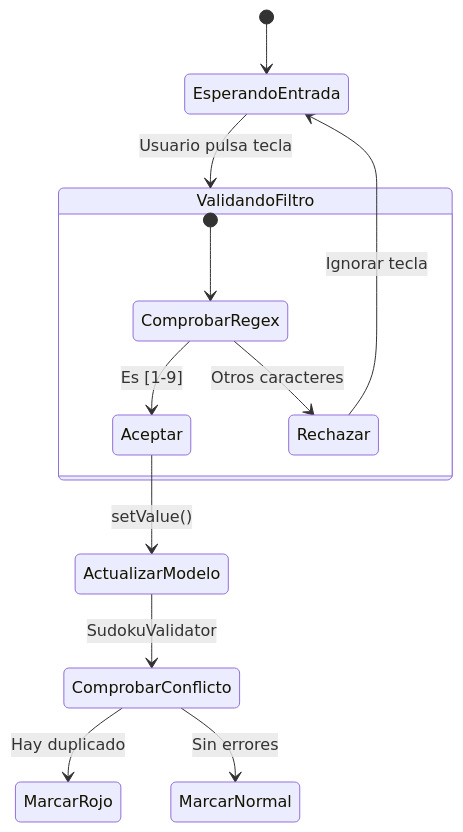
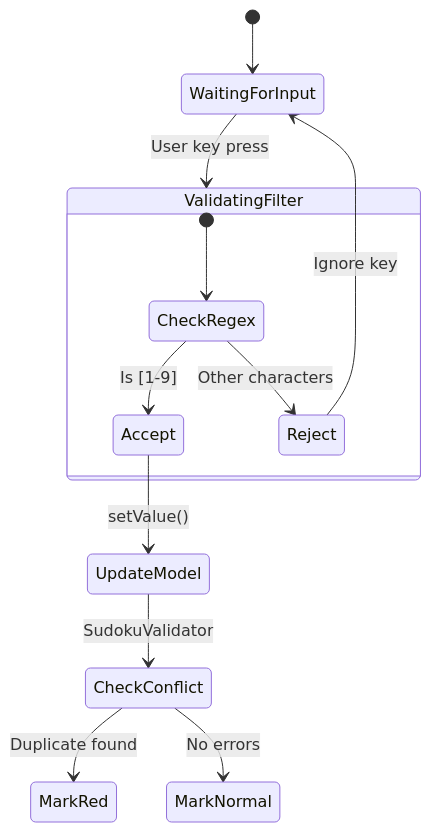
Before and after one commit to LastraMigue/Videogame-SUDOKU: the sixth of 6 diagrams in docs/DESIGN.md, drawn with Mermaid. The commit also changed other lines of this file, not shown here.

Commit message:
docs: translated all Mermaid diagrams to English in DESIGN.md

````diff
--- a/docs/DESIGN.md
+++ b/docs/DESIGN.md
@@ -148,17 +148,17 @@
 ```mermaid
 stateDiagram-v2
-    [*] --> EsperandoEntrada
-    EsperandoEntrada --> ValidandoFiltro: Usuario pulsa tecla
+    [*] --> WaitingForInput
+    WaitingForInput --> ValidatingFilter: User key press
     
-    state ValidandoFiltro {
-        [*] --> ComprobarRegex
-        ComprobarRegex --> Aceptar: Es [1-9]
-        ComprobarRegex --> Rechazar: Otros caracteres
+    state ValidatingFilter {
+        [*] --> CheckRegex
+        CheckRegex --> Accept: Is [1-9]
+        CheckRegex --> Reject: Other characters
     }
     
-    Aceptar --> ActualizarModelo: setValue()
-    ActualizarModelo --> ComprobarConflicto: SudokuValidator
-    ComprobarConflicto --> MarcarRojo: Hay duplicado
-    ComprobarConflicto --> MarcarNormal: Sin errores
-    Rechazar --> EsperandoEntrada: Ignorar tecla
+    Accept --> UpdateModel: setValue()
+    UpdateModel --> CheckConflict: SudokuValidator
+    CheckConflict --> MarkRed: Duplicate found
+    CheckConflict --> MarkNormal: No errors
+    Reject --> WaitingForInput: Ignore key
 ```
````
